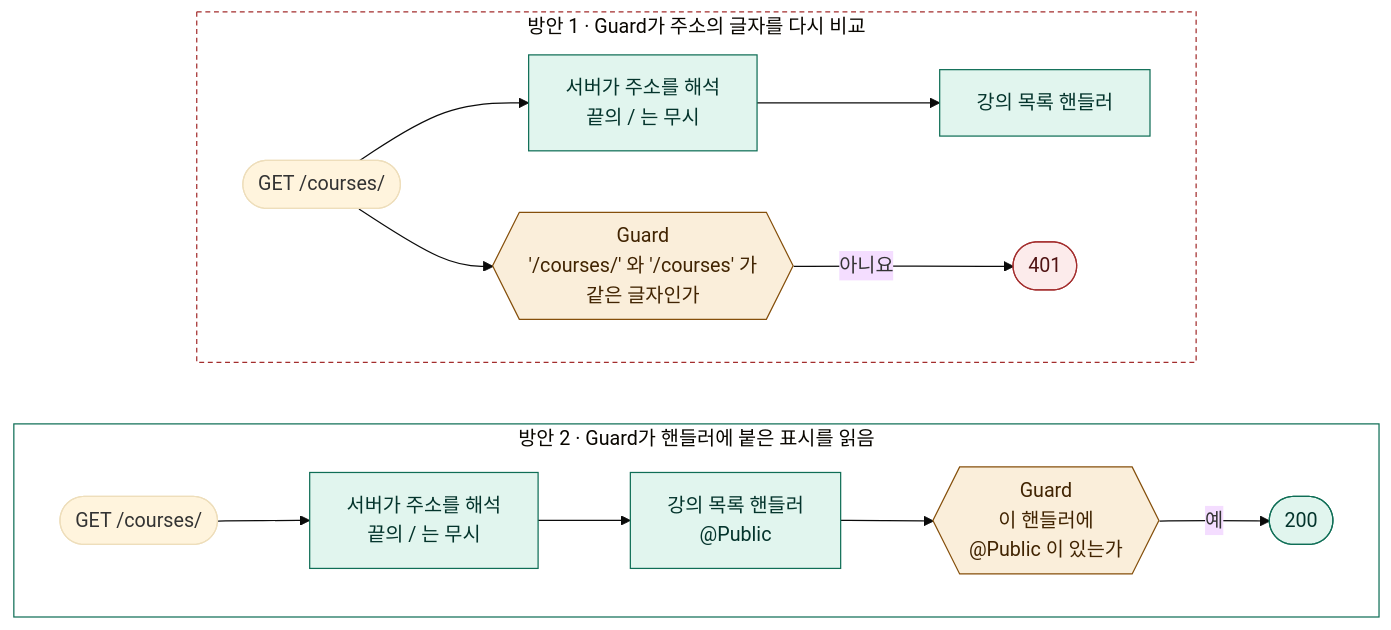
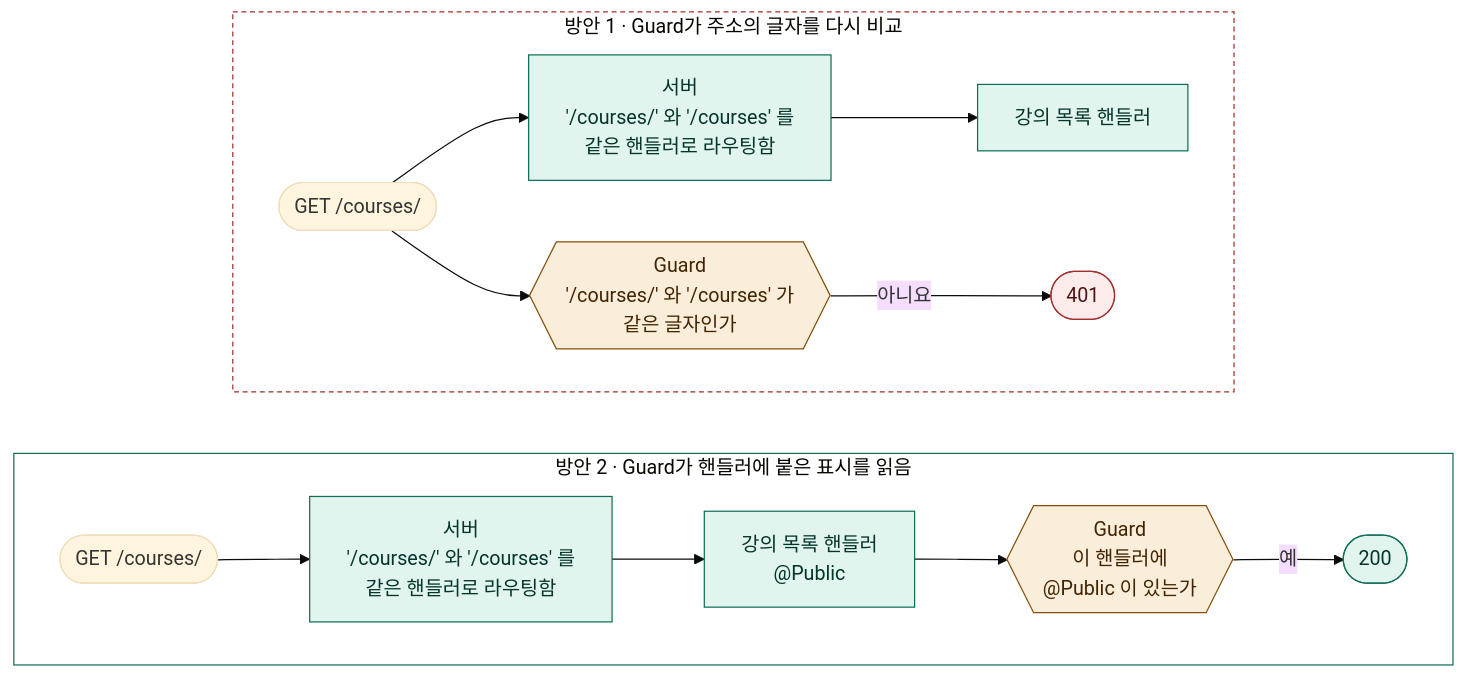
Before and after one commit to loquemedalagana/secure-enroll-demo: the third of 4 diagrams in docs/diagnosis/defect-2.md, drawn with Mermaid (base theme). The commit also changed other lines of this file, not shown here.

Commit message:
docs: 결함 2 보고서 그림의 명단 핸들러 상자와 서버 상자를 고침
명단 핸들러 상자는 '@Authorize는 붙어 있지만 읽히지 않음' 대신
Guard 상자와 같은 낱말로 '토큰 확인과 권한 확인을 건너뛰고 실행됨'이라고 적었다.
서버 상자의 '주소를 해석'은 기준 문서의 '라우팅하다'로 고치고,
Guard 상자와 같은 꼴로 두 주소를 나란히 적었다.

````diff
--- a/docs/diagnosis/defect-2.md
+++ b/docs/diagnosis/defect-2.md
@@ -341,36 +341,36 @@
 ```mermaid
 flowchart TB
   subgraph A["방안 1 · Guard가 주소의 글자를 다시 비교"]
     direction LR
     a0(["GET /courses/"])
-    a1["서버가 주소를 해석<br/>끝의 / 는 무시"]
+    a1["서버<br/>'/courses/' 와 '/courses' 를<br/>같은 핸들러로 라우팅함"]
     a2["강의 목록 핸들러"]
     a3{{"Guard<br/>'/courses/' 와 '/courses' 가<br/>같은 글자인가"}}
     a4(["401"])
     a0 --> a1 --> a2
     a0 --> a3
     a3 -- "아니요" --> a4
   end
 
   subgraph B["방안 2 · Guard가 핸들러에 붙은 표시를 읽음"]
     direction LR
     b0(["GET /courses/"])
-    b1["서버가 주소를 해석<br/>끝의 / 는 무시"]
+    b1["서버<br/>'/courses/' 와 '/courses' 를<br/>같은 핸들러로 라우팅함"]
     b2["강의 목록 핸들러<br/>@Public"]
     b3{{"Guard<br/>이 핸들러에<br/>@Public 이 있는가"}}
     b4(["200"])
     b0 --> b1 --> b2 --> b3
     b3 -- "예" --> b4
   end
 
   A ~~~ B
 
   classDef safe fill:#E1F5EE,stroke:#0F6E56,color:#04342C
   classDef danger fill:#FCEBEB,stroke:#A32D2D,color:#501313
   classDef check fill:#FAEEDA,stroke:#854F0B,color:#412402
   class a1,a2,b1,b2,b4 safe
   class a4 danger
   class a3,b3 check
   style A fill:none,stroke:#A32D2D,stroke-dasharray:4 3
   style B fill:none,stroke:#0F6E56
 ```
````
